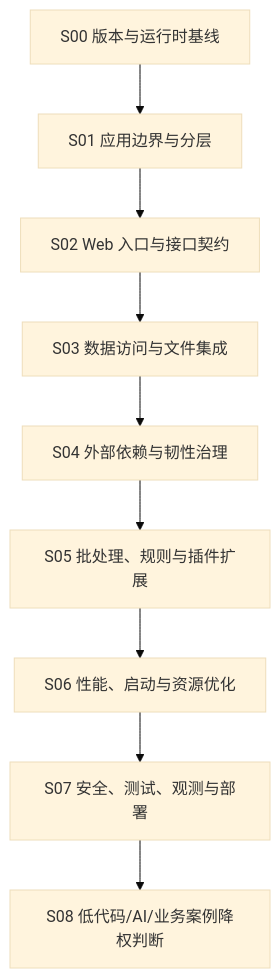
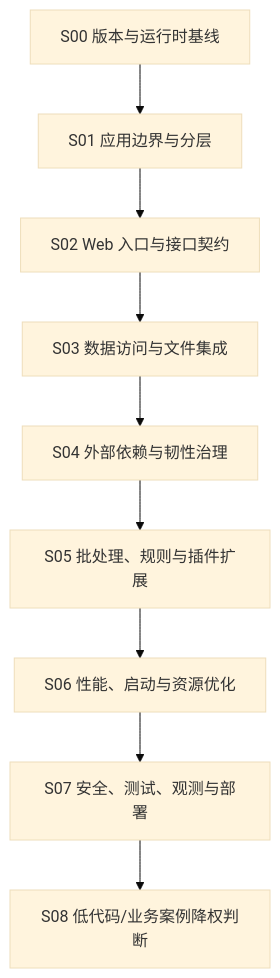
Before and after one commit to cooker-code/knowledge: the diagram in 07_工程与架构/0701_后端架构/070105_SpringBoot/AGENTS.md, drawn with Mermaid (base theme). The commit also changed other lines of this file and 6048 other files, not shown here.

````diff
--- a/07_工程与架构/0701_后端架构/070105_SpringBoot/AGENTS.md
+++ b/07_工程与架构/0701_后端架构/070105_SpringBoot/AGENTS.md
@@ -32,11 +32,11 @@
 ```mermaid
 flowchart TD
   A["S00 版本与运行时基线"] --> B["S01 应用边界与分层"]
   B --> C["S02 Web 入口与接口契约"]
   C --> D["S03 数据访问与文件集成"]
   D --> E["S04 外部依赖与韧性治理"]
   E --> F["S05 批处理、规则与插件扩展"]
   F --> G["S06 性能、启动与资源优化"]
   G --> H["S07 安全、测试、观测与部署"]
-  H --> I["S08 低代码/AI/业务案例降权判断"]
+  H --> I["S08 低代码/业务案例降权判断"]
 ```
````
